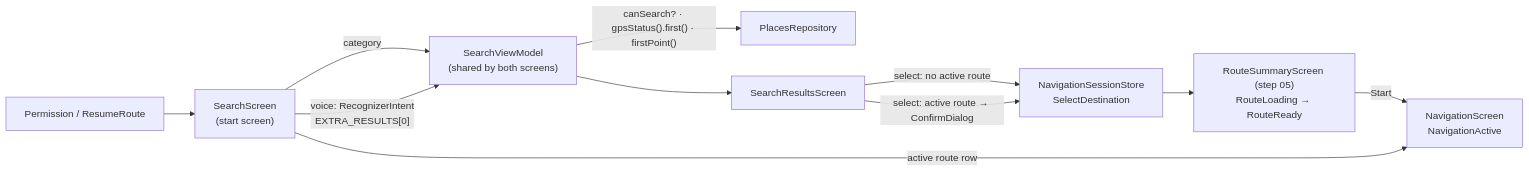
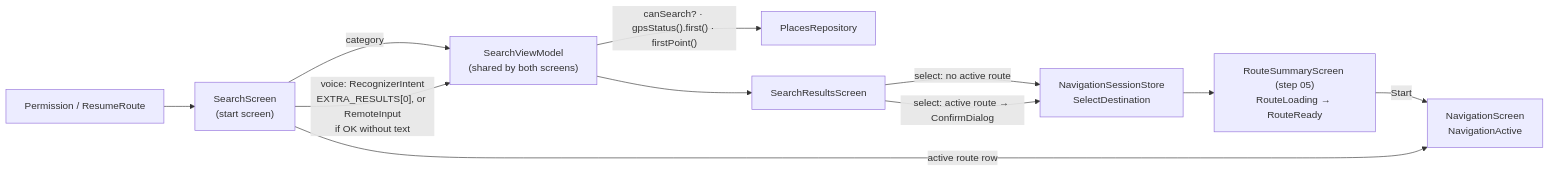
Diagram 11 of 11 in ARCHITECTURE.md (Xander-JS/haptiMap_watch), drawn with Mermaid before and after one commit. The commit also changed other lines of this file and 5 other files, not shown here.

First line of the commit message:
documentar el seguimiento del paso 11: Wear Compose 1.7.1, RemoteInput de respaldo, ActiveRouteButton y la hoja de revisión

````diff
--- a/ARCHITECTURE.md
+++ b/ARCHITECTURE.md
@@ -502,13 +502,13 @@
 ```mermaid
 graph LR
     resume["Permission / ResumeRoute"] --> home["SearchScreen<br/>(start screen)"]
     home -->|"category"| vm["SearchViewModel<br/>(shared by both screens)"]
-    home -->|"voice: RecognizerIntent<br/>EXTRA_RESULTS[0]"| vm
+    home -->|"voice: RecognizerIntent<br/>EXTRA_RESULTS[0], or RemoteInput<br/>if OK without text"| vm
     vm -->|"canSearch? · gpsStatus().first() · firstPoint()"| repo["PlacesRepository"]
     vm --> results["SearchResultsScreen"]
     results -->|"select: no active route"| store["NavigationSessionStore<br/>SelectDestination"]
     results -->|"select: active route → ConfirmDialog"| store
     store --> summary["RouteSummaryScreen (step 05)<br/>RouteLoading → RouteReady"]
     summary -->|"Start"| nav["NavigationScreen<br/>NavigationActive"]
     home -->|"active route row"| nav
 ```
````
